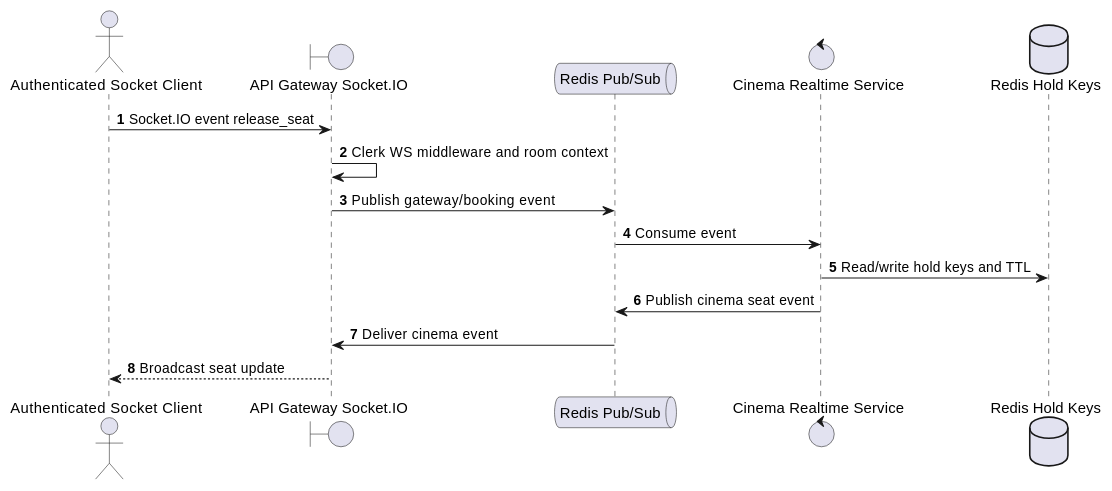
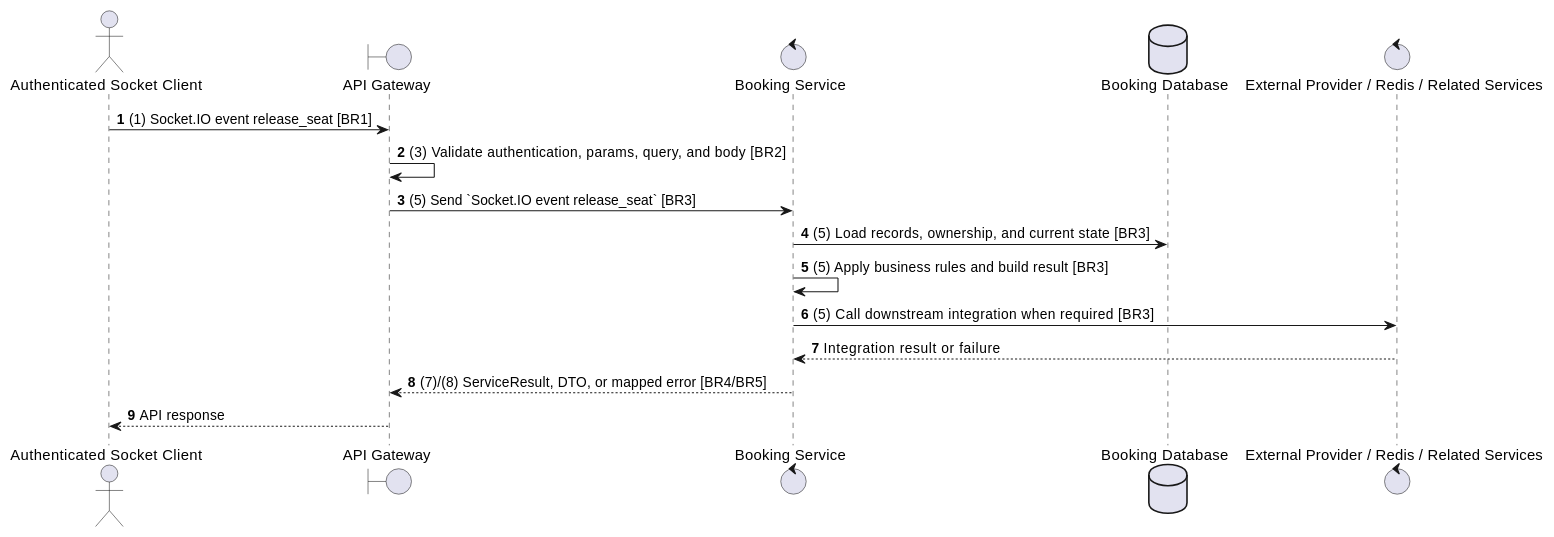
The second of 2 diagrams in docs/functional_specs/3.5.3_Real-time_Seat_Selection/RT-02_Release_Seat.md (Tanh1603/movie-hub-architecture), drawn with PlantUML before and after one commit. The commit also changed other lines of this file and 129 other files, not shown here.

````diff
--- a/docs/functional_specs/3.5.3_Real-time_Seat_Selection/RT-02_Release_Seat.md
+++ b/docs/functional_specs/3.5.3_Real-time_Seat_Selection/RT-02_Release_Seat.md
@@ -17,19 +64,20 @@
 ```plantuml
 @startuml
 autonumber
 actor "Authenticated Socket Client" as Actor
-boundary "API Gateway Socket.IO" as GW
-queue "Redis Pub/Sub" as Redis
-control "Cinema Realtime Service" as CRS
-database "Redis Hold Keys" as Hold
+boundary "API Gateway" as GW
+control "Booking Service" as SVC
+database "Booking Database" as DB
+control "External Provider / Redis / Related Services" as EXT
 
-Actor -> GW: Socket.IO event release_seat
-GW -> GW: Clerk WS middleware and room context
-GW -> Redis: Publish gateway/booking event
-Redis -> CRS: Consume event
-CRS -> Hold: Read/write hold keys and TTL
-CRS -> Redis: Publish cinema seat event
-Redis -> GW: Deliver cinema event
-GW --> Actor: Broadcast seat update
+Actor -> GW: (1) Socket.IO event release_seat [BR1]
+GW -> GW: (3) Validate authentication, params, query, and body [BR2]
+GW -> SVC: (5) Send `Socket.IO event release_seat` [BR3]
+SVC -> DB: (5) Load records, ownership, and current state [BR3]
+SVC -> SVC: (5) Apply business rules and build result [BR3]
+SVC -> EXT: (5) Call downstream integration when required [BR3]
+EXT --> SVC: Integration result or failure
+SVC --> GW: (7)/(8) ServiceResult, DTO, or mapped error [BR4/BR5]
+GW --> Actor: API response
 @enduml
 ```
````
